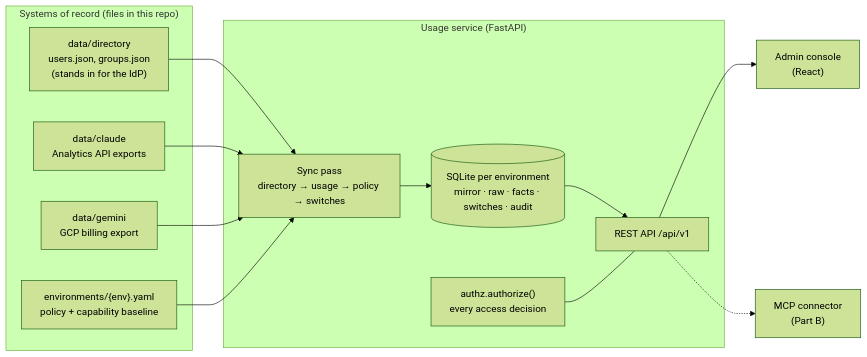
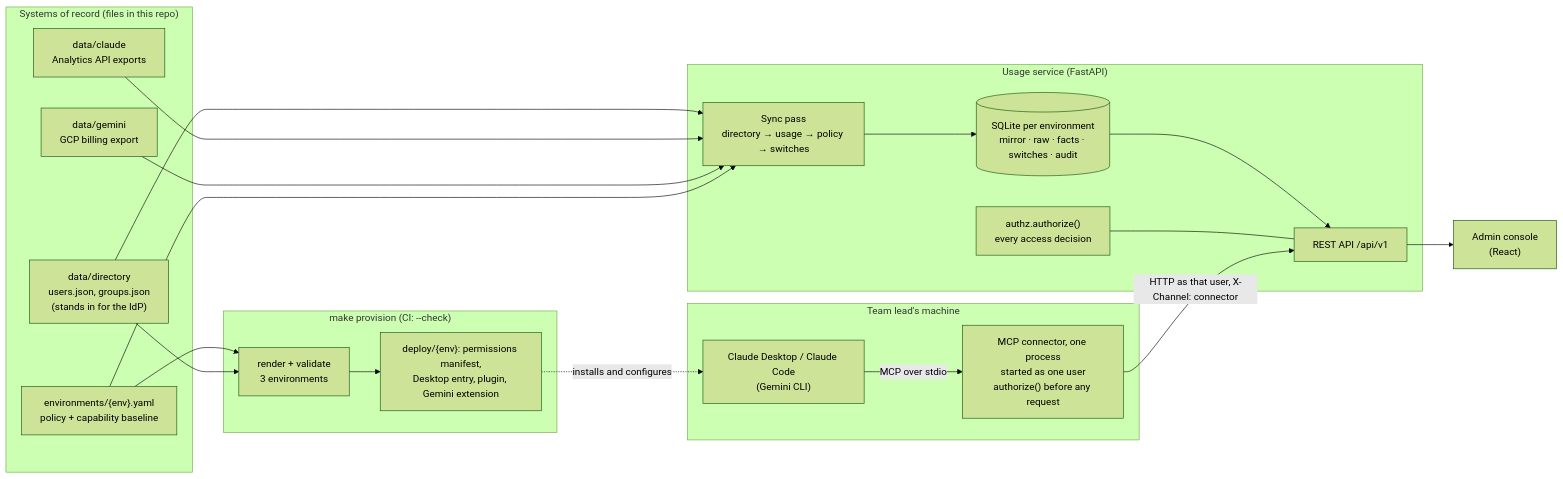
Before and after one commit to phawhan/meridian-usage: the diagram in README.md, drawn with Mermaid (forest theme). The commit also changed other lines of this file and 79 other files, not shown here.

````diff
--- a/README.md
+++ b/README.md
@@ -57,29 +76,43 @@
 ```mermaid
 flowchart LR
     subgraph sources["Systems of record (files in this repo)"]
         dir["data/directory<br/>users.json, groups.json<br/>(stands in for the IdP)"]
         cl["data/claude<br/>Analytics API exports"]
         gm["data/gemini<br/>GCP billing export"]
         env["environments/{env}.yaml<br/>policy + capability baseline"]
     end
 
     subgraph service["Usage service (FastAPI)"]
         sync["Sync pass<br/>directory → usage → policy → switches"]
         db[("SQLite per environment<br/>mirror · raw · facts · switches · audit")]
         authz["authz.authorize()<br/>every access decision"]
         api["REST API /api/v1"]
     end
 
     console["Admin console<br/>(React)"]
-    mcp["MCP connector<br/>(Part B)"]
+
+    subgraph host["Team lead's machine"]
+        app["Claude Desktop / Claude Code<br/>(Gemini CLI)"]
+        conn["MCP connector, one process<br/>started as one user<br/>authorize() before any request"]
+    end
+
+    subgraph prov["make provision (CI: --check)"]
+        render["render + validate<br/>3 environments"]
+        out["deploy/{env}: permissions manifest,<br/>Desktop entry, plugin, Gemini extension"]
+    end
 
     dir --> sync
     cl --> sync
     gm --> sync
     env --> sync
     sync --> db
     db --> api
     authz --- api
     api --> console
-    api -.-> mcp
+    app -->|MCP over stdio| conn
+    conn -->|"HTTP as that user, X-Channel: connector"| api
+    env --> render
+    dir --> render
+    render --> out
+    out -.->|installs and configures| app
 ```
````
